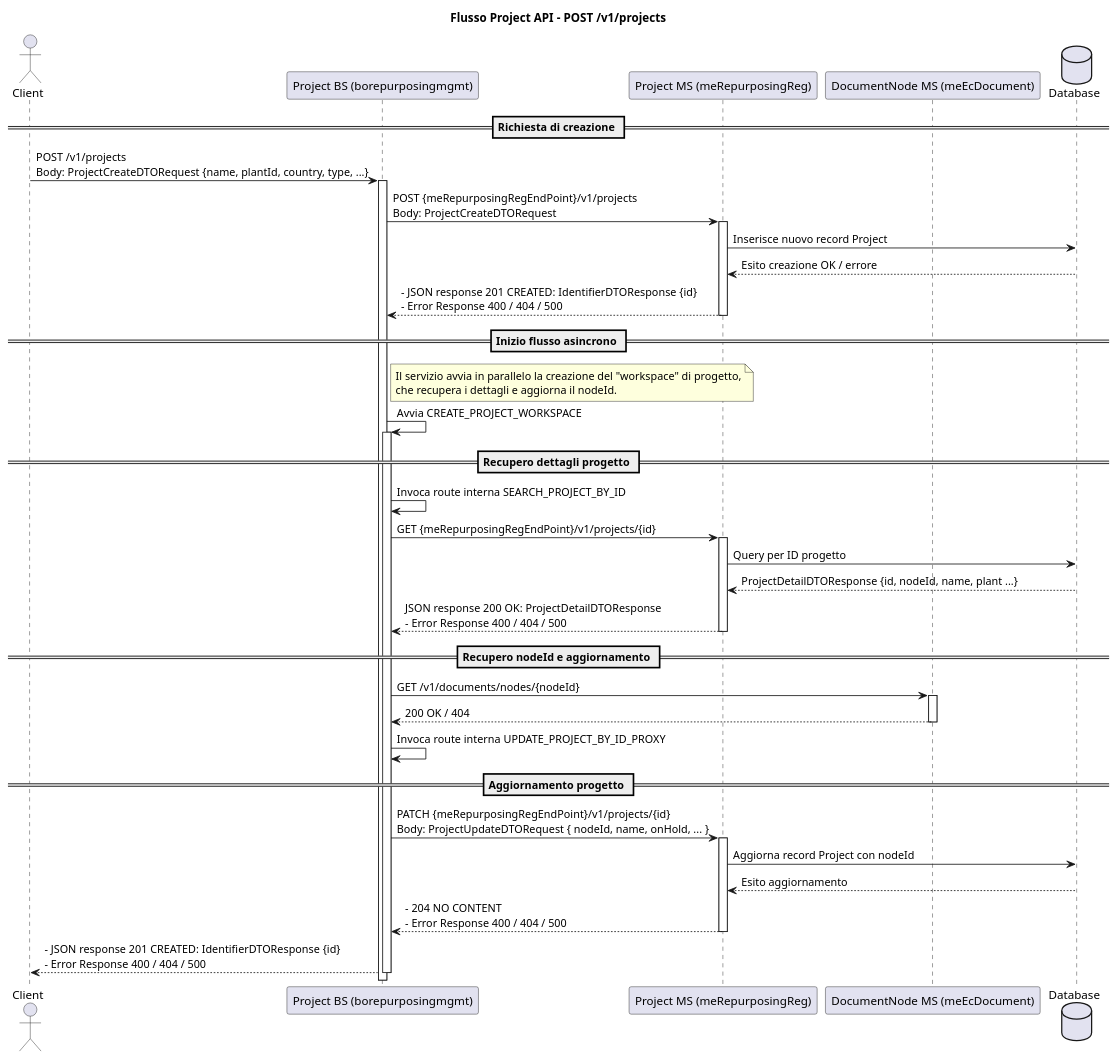
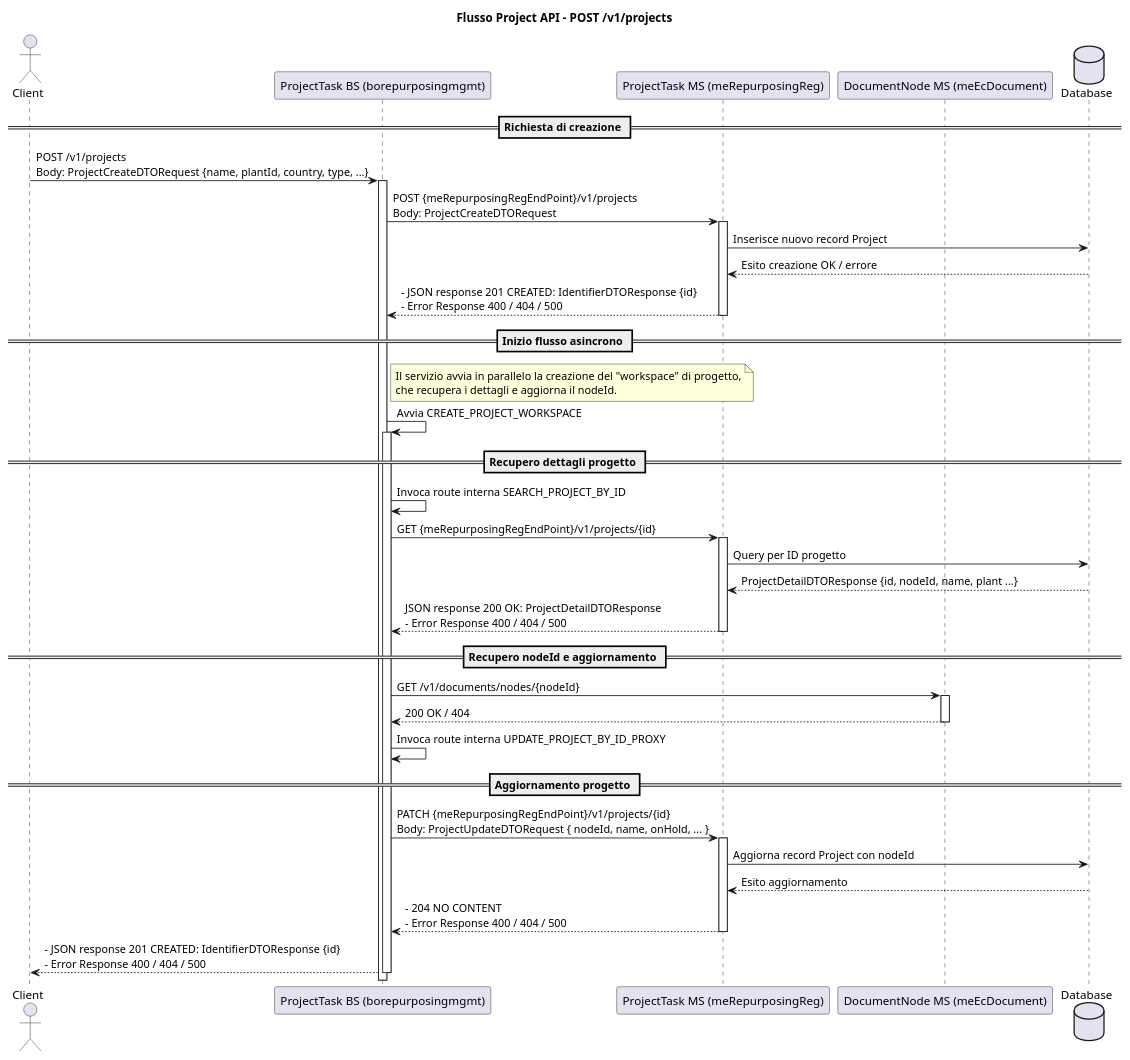
One commit to Tonio-D-San/DocxFromPumlAndMd changed the diagram in Documentazione/ProjectTask/snippets/post_v1_projects_create.puml. Above: the diagram before and after it, drawn with PlantUML. The commit also changed 5 other files, not shown here.

Commit message:
feat: update UML diagrams for Project API flows to reflect changes in participant names

```diff
--- a/Documentazione/ProjectTask/snippets/post_v1_projects_create.puml
+++ b/Documentazione/ProjectTask/snippets/post_v1_projects_create.puml
@@ -1,59 +1,59 @@
 @startuml
 title Flusso Project API - POST /v1/projects
 
 actor Client as C
-participant "Project BS (borepurposingmgmt)" as BS
-participant "Project MS (meRepurposingReg)" as MS
+participant "ProjectTask BS (borepurposingmgmt)" as BS
+participant "ProjectTask MS (meRepurposingReg)" as MS
 participant "DocumentNode MS (meEcDocument)" as DMS
 database "Database" as DB
 
 == Richiesta di creazione ==
 C -> BS : POST /v1/projects\nBody: ProjectCreateDTORequest {name, plantId, country, type, ...}
 activate BS
 
 BS -> MS : POST {meRepurposingRegEndPoint}/v1/projects\nBody: ProjectCreateDTORequest
 activate MS
 
 MS -> DB : Inserisce nuovo record Project
 DB --> MS : Esito creazione OK / errore
 MS --> BS : - JSON response 201 CREATED: IdentifierDTOResponse {id} \n- Error Response 400 / 404 / 500
 deactivate MS
 
 == Inizio flusso asincrono ==
 note right of BS
 Il servizio avvia in parallelo la creazione del "workspace" di progetto,
 che recupera i dettagli e aggiorna il nodeId.
 end note
 
 BS -> BS : Avvia CREATE_PROJECT_WORKSPACE
 activate BS
 
 == Recupero dettagli progetto ==
 BS -> BS : Invoca route interna SEARCH_PROJECT_BY_ID
 
 BS -> MS : GET {meRepurposingRegEndPoint}/v1/projects/{id}
 activate MS
 MS -> DB : Query per ID progetto
 DB --> MS : ProjectDetailDTOResponse {id, nodeId, name, plant ...}
 MS --> BS : JSON response 200 OK: ProjectDetailDTOResponse \n- Error Response 400 / 404 / 500
 deactivate MS
 
 == Recupero nodeId e aggiornamento ==
 BS -> DMS : GET /v1/documents/nodes/{nodeId}
 activate DMS
 DMS --> BS : 200 OK / 404
 deactivate DMS
 
 BS -> BS : Invoca route interna UPDATE_PROJECT_BY_ID_PROXY
 
 == Aggiornamento progetto ==
 BS -> MS : PATCH {meRepurposingRegEndPoint}/v1/projects/{id}\nBody: ProjectUpdateDTORequest { nodeId, name, onHold, ... }
 activate MS
 MS -> DB : Aggiorna record Project con nodeId
 DB --> MS : Esito aggiornamento
 MS --> BS : - 204 NO CONTENT \n- Error Response 400 / 404 / 500
 deactivate MS
 
 BS --> C : - JSON response 201 CREATED: IdentifierDTOResponse {id} \n- Error Response 400 / 404 / 500
 deactivate BS
 @enduml
```
